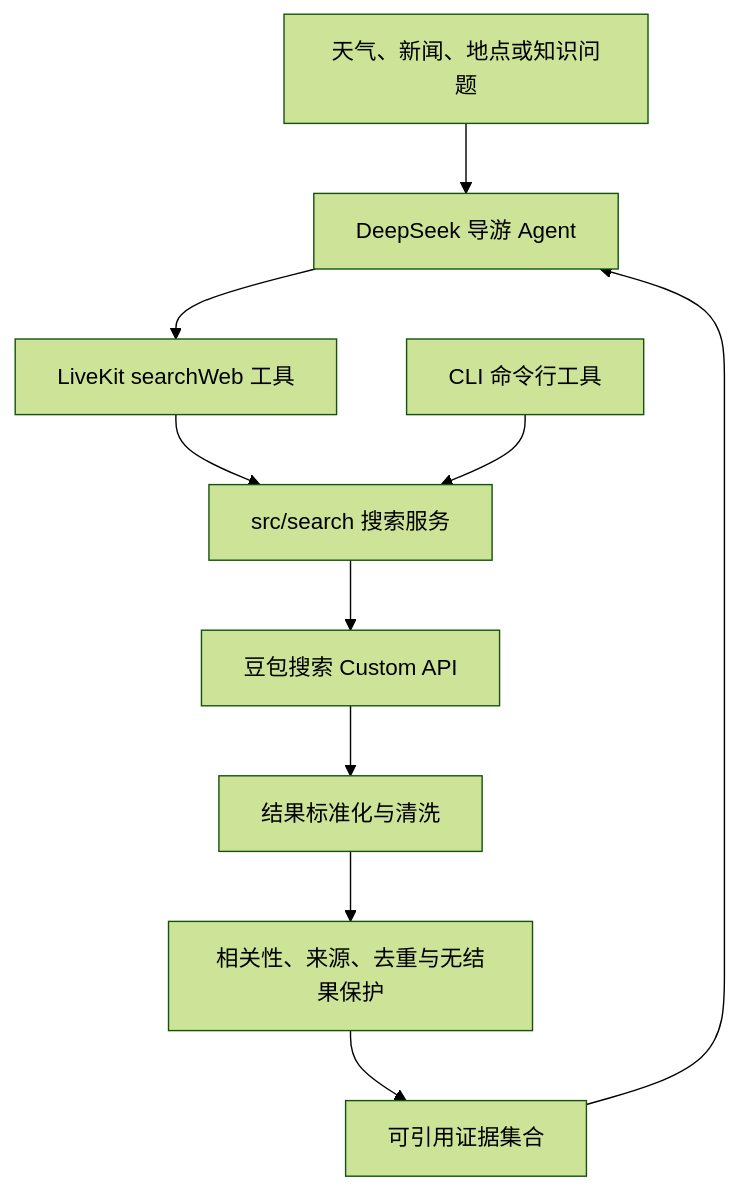
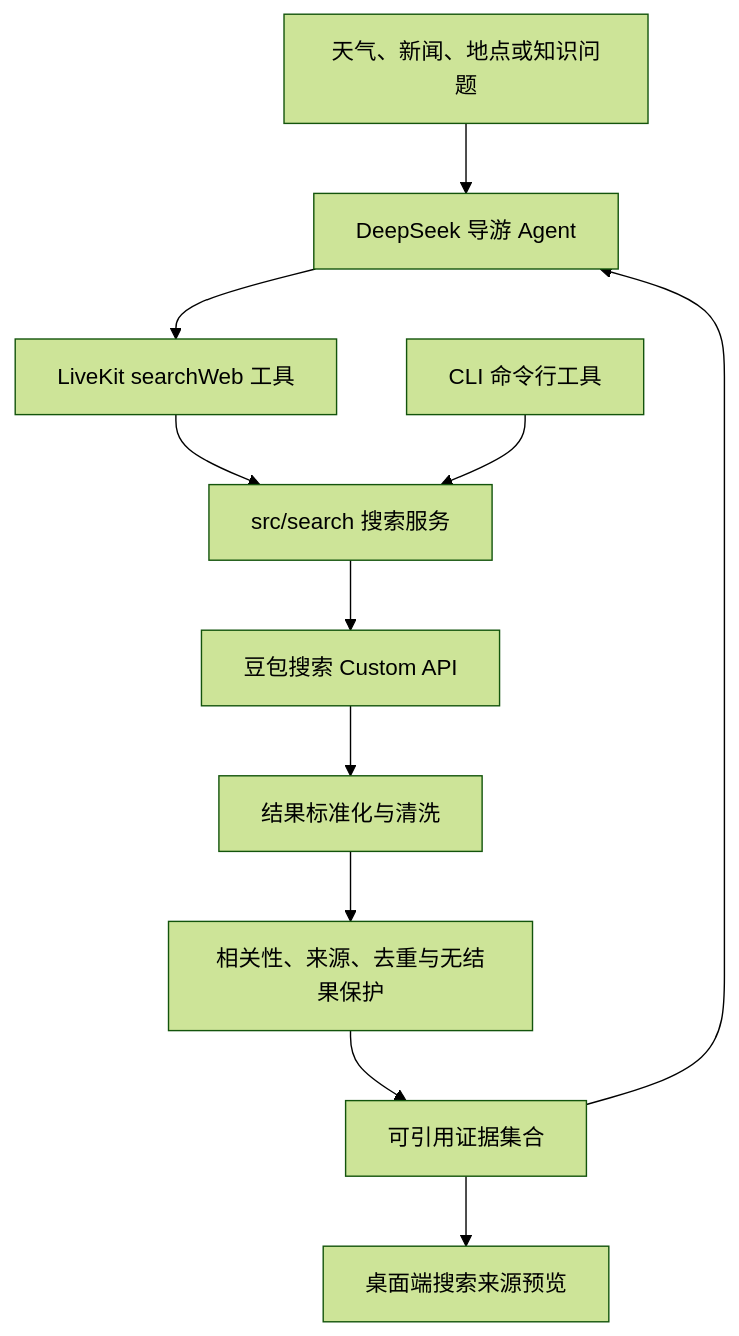
Before and after one commit to QAyong/msfs-ai-voice-guide: the diagram in docs/specs/spec-003-web-search-and-capability-modules.md, drawn with Mermaid (forest theme). The commit also changed other lines of this file and 1 other file, not shown here.

Commit message:
docs(spec): define source preview and load recovery

````diff
--- a/docs/specs/spec-003-web-search-and-capability-modules.md
+++ b/docs/specs/spec-003-web-search-and-capability-modules.md
@@ -41,12 +42,13 @@
 ```mermaid
 flowchart TD
     User[天气、新闻、地点或知识问题] --> Main[DeepSeek 导游 Agent]
     Main --> Tool[LiveKit searchWeb 工具]
     Tool --> Service[src/search 搜索服务]
     CLI[CLI 命令行工具] --> Service
     Service --> API[豆包搜索 Custom API]
     API --> Normalize[结果标准化与清洗]
     Normalize --> Guard[相关性、来源、去重与无结果保护]
     Guard --> Evidence[可引用证据集合]
     Evidence --> Main
+    Evidence --> Preview[桌面端搜索来源预览]
 ```
````
